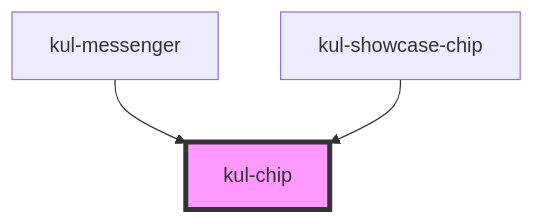
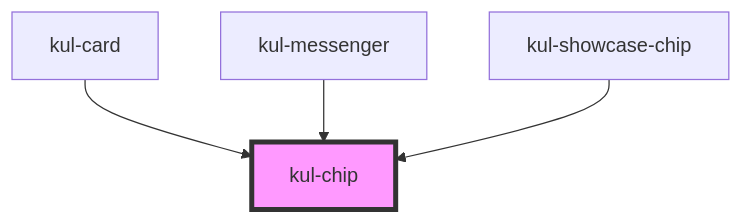
Before and after one commit to lucafoscili/ketchup-lite: the diagram in packages/ketchup-lite/src/components/kul-chip/readme.md, drawn with Mermaid. The commit also changed other lines of this file and 26 other files, not shown here.

````diff
--- a/packages/ketchup-lite/src/components/kul-chip/readme.md
+++ b/packages/ketchup-lite/src/components/kul-chip/readme.md
@@ -117,6 +118,7 @@
 ```mermaid
 graph TD;
+  kul-card --> kul-chip
   kul-messenger --> kul-chip
   kul-showcase-chip --> kul-chip
   style kul-chip fill:#f9f,stroke:#333,stroke-width:4px
 ```
````
